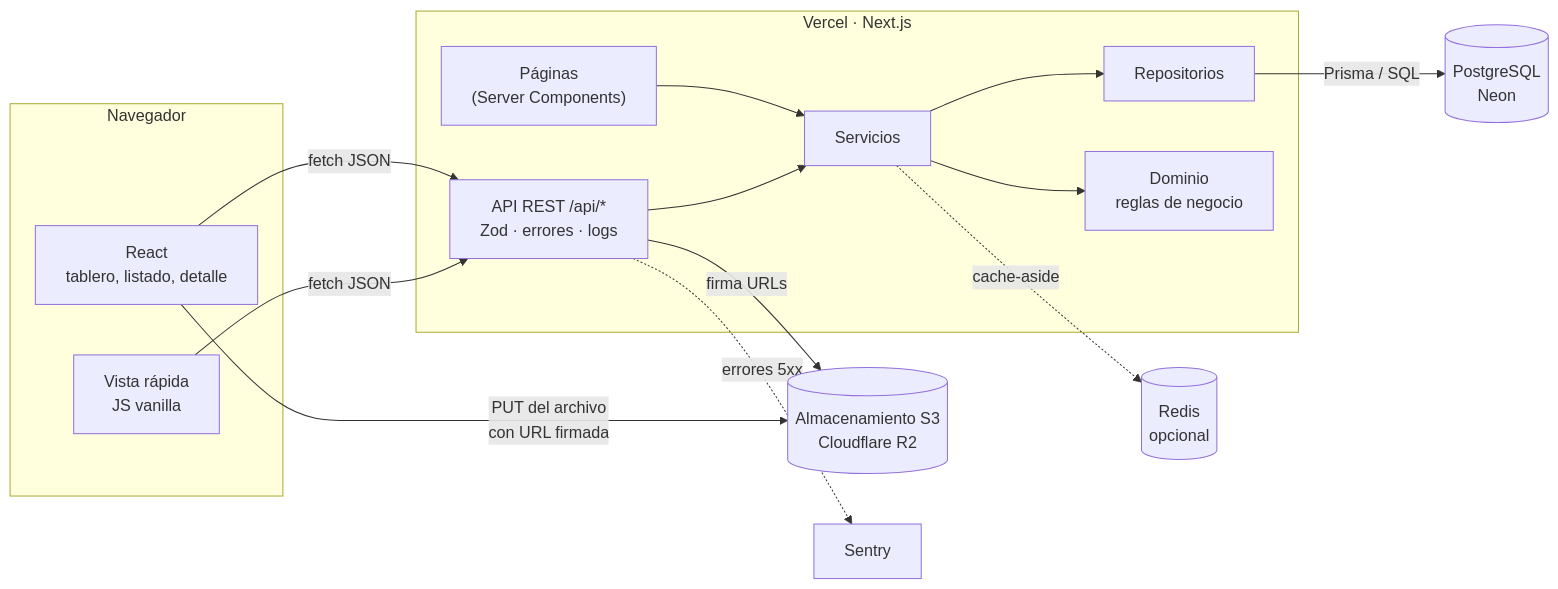
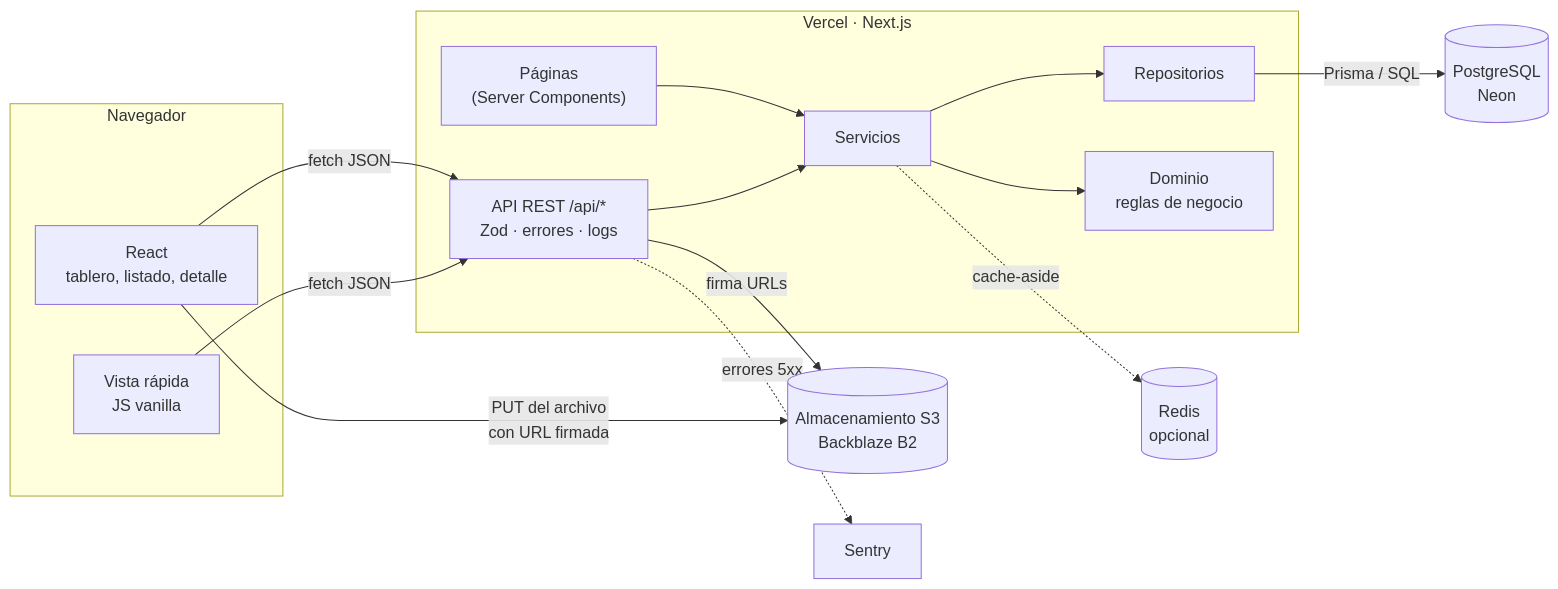
Before and after one commit to alosadasei/gestor-tareas: the first of 2 diagrams in README.md, drawn with Mermaid. The commit also changed other lines of this file and 3 other files, not shown here.

````diff
--- a/README.md
+++ b/README.md
@@ -49,32 +49,32 @@
 ```mermaid
 flowchart LR
   subgraph Navegador
     UI["React<br/>tablero, listado, detalle"]
     VR["Vista rápida<br/>JS vanilla"]
   end
 
   subgraph Vercel["Vercel · Next.js"]
     PAG["Páginas<br/>(Server Components)"]
     API["API REST /api/*<br/>Zod · errores · logs"]
     SRV["Servicios"]
     REP["Repositorios"]
     DOM["Dominio<br/>reglas de negocio"]
   end
 
   PG[("PostgreSQL<br/>Neon")]
   RD[("Redis<br/>opcional")]
-  S3[("Almacenamiento S3<br/>Cloudflare R2")]
+  S3[("Almacenamiento S3<br/>Backblaze B2")]
   SE["Sentry"]
 
   UI -- "fetch JSON" --> API
   VR -- "fetch JSON" --> API
   UI -- "PUT del archivo<br/>con URL firmada" --> S3
   PAG --> SRV
   API --> SRV
   SRV --> DOM
   SRV --> REP
   REP -- "Prisma / SQL" --> PG
   SRV -. "cache-aside" .-> RD
   API -- "firma URLs" --> S3
   API -. "errores 5xx" .-> SE
 ```
````
